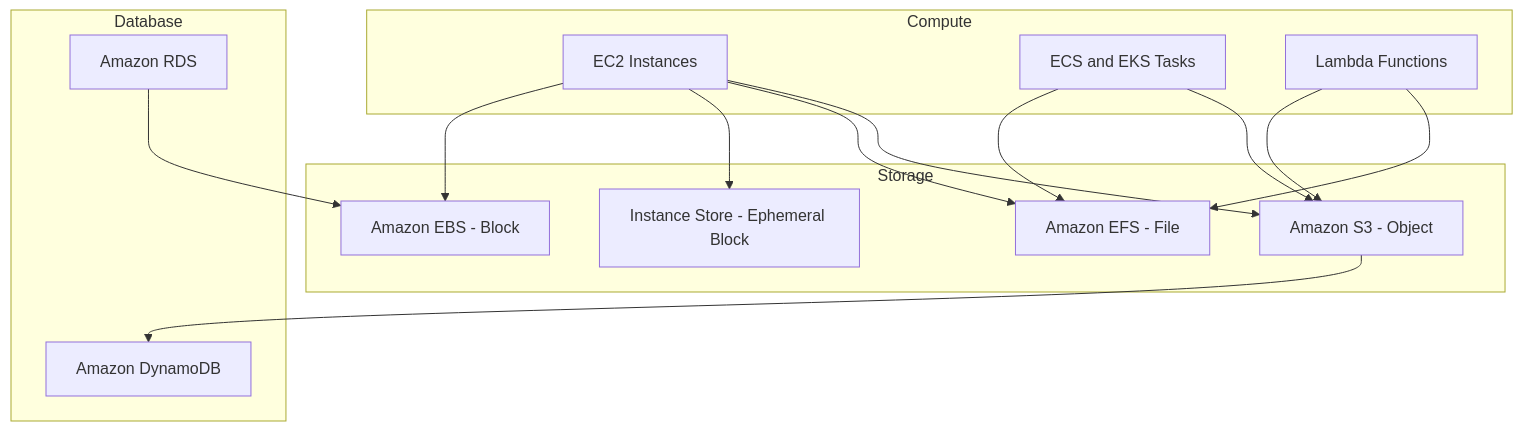
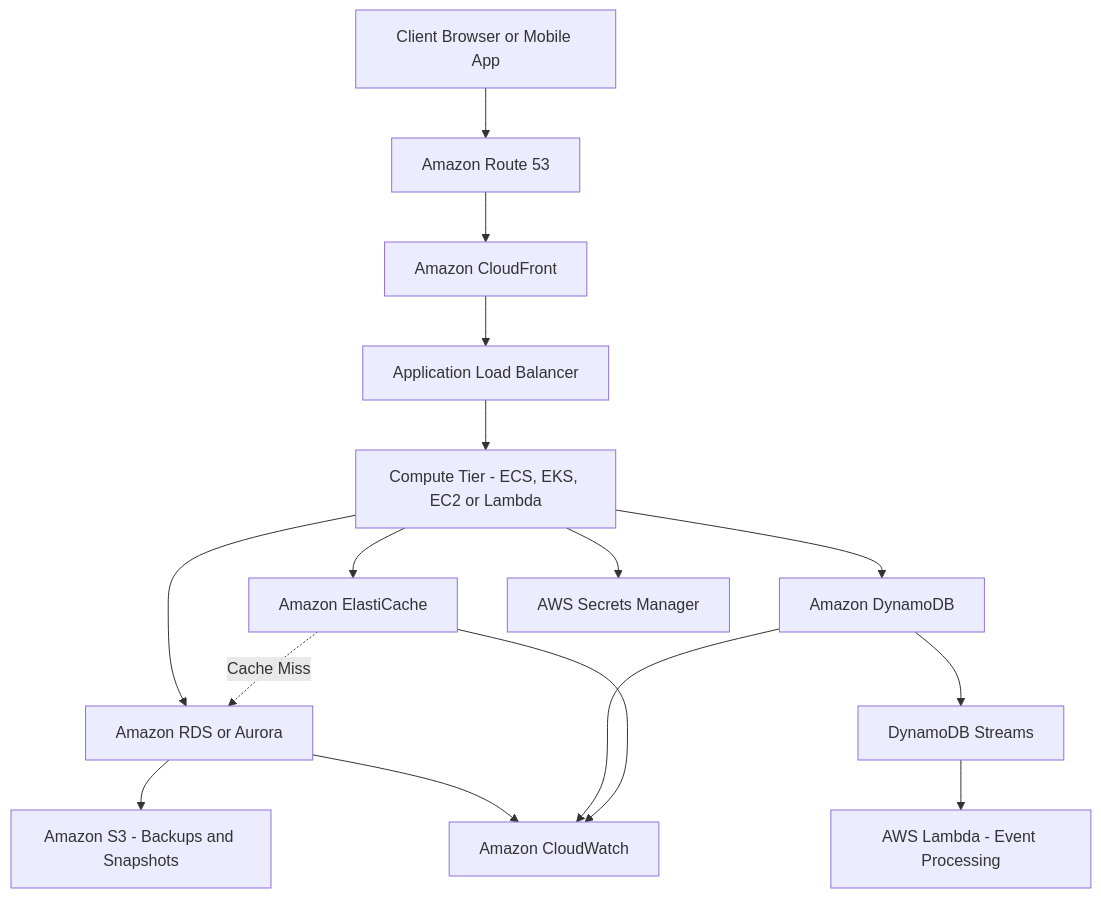
The first of 35 diagrams in docs/unit1/topic5.md (norbutlepcha25/dso303), drawn with Mermaid before and after one commit. The commit also changed other lines of this file and 945 other files, not shown here.

````diff
--- a/docs/unit1/topic5.md
+++ b/docs/unit1/topic5.md
@@ -50,28 +47,18 @@
 ```mermaid
 graph TD
-    subgraph Compute
-        A["EC2 Instances"]
-        B["ECS and EKS Tasks"]
-        C["Lambda Functions"]
-    end
-    subgraph Storage
-        D["Amazon S3 - Object"]
-        E["Amazon EBS - Block"]
-        F["Amazon EFS - File"]
-        G["Instance Store - Ephemeral Block"]
-    end
-    subgraph Database
-        H["Amazon RDS"]
-        I["Amazon DynamoDB"]
-    end
-    A --> E
-    A --> G
-    A --> F
-    B --> F
-    B --> D
-    C --> D
-    C --> F
-    A --> D
-    H --> E
-    D --> I
+    A["Client Browser or Mobile App"] --> B["Amazon Route 53"]
+    B --> C["Amazon CloudFront"]
+    C --> D["Application Load Balancer"]
+    D --> E["Compute Tier - ECS, EKS, EC2 or Lambda"]
+    E --> F["Amazon ElastiCache"]
+    E --> G["Amazon RDS or Aurora"]
+    E --> H["Amazon DynamoDB"]
+    F -.->|"Cache Miss"| G
+    G --> I["Amazon S3 - Backups and Snapshots"]
+    H --> J["DynamoDB Streams"]
+    J --> K["AWS Lambda - Event Processing"]
+    E --> L["AWS Secrets Manager"]
+    G --> M["Amazon CloudWatch"]
+    H --> M
+    F --> M
 ```
````
